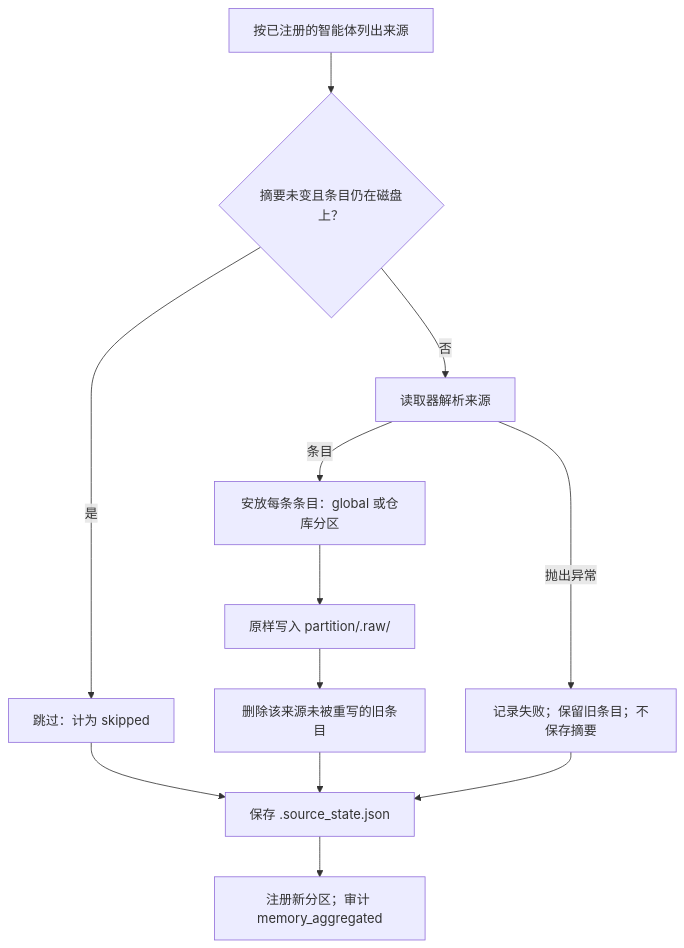
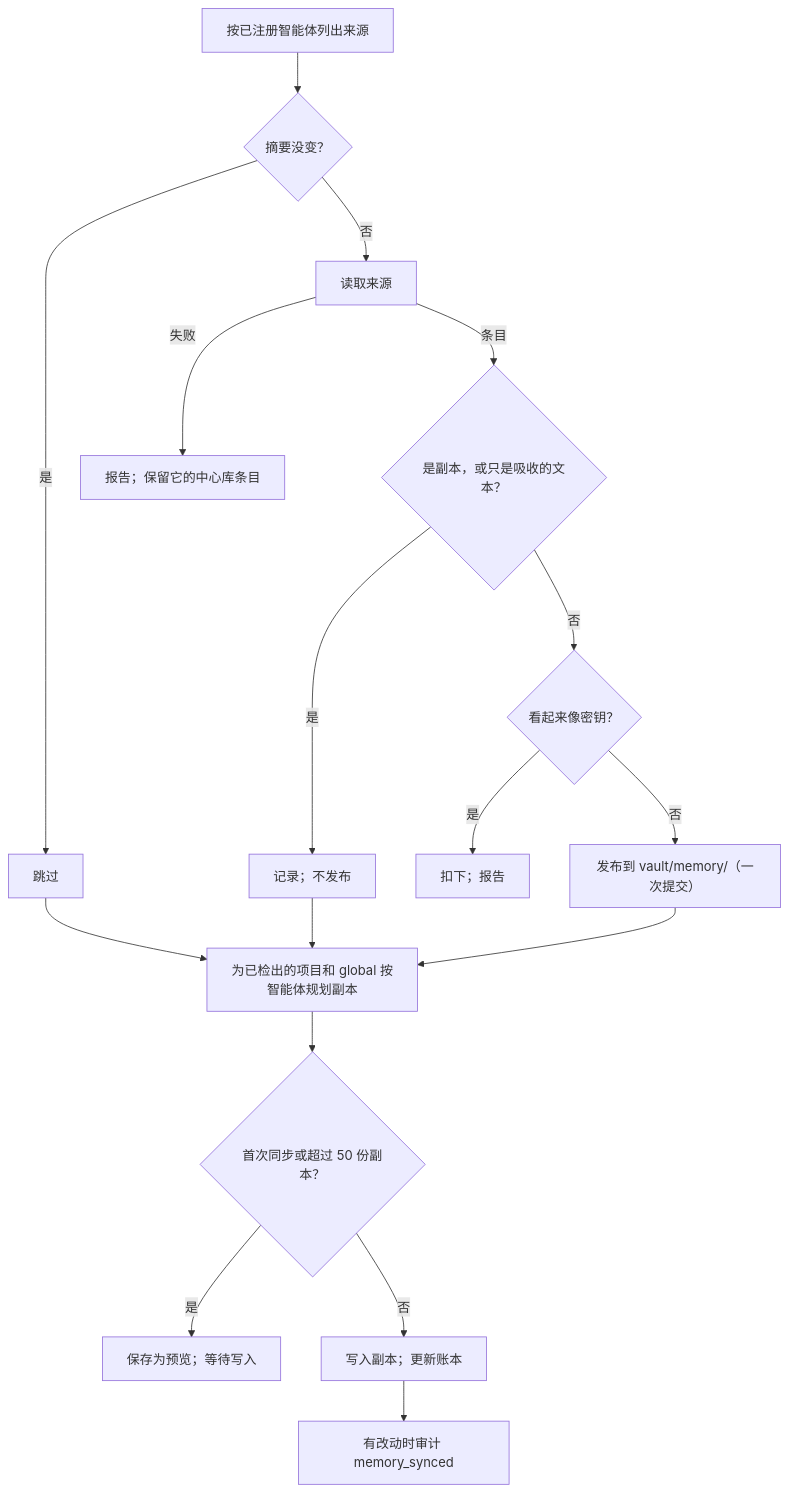
Before and after one commit to wyx-sg/Coffer: the diagram in docs-site/zh/architecture/memory.md, drawn with Mermaid. The commit also changed other lines of this file and 521 other files, not shown here.

````diff
--- a/docs-site/zh/architecture/memory.md
+++ b/docs-site/zh/architecture/memory.md
@@ -122,14 +106,19 @@
 ```mermaid
 flowchart TD
-  A["按已注册的智能体列出来源"] --> B{"摘要未变且条目仍在磁盘上？"}
-  B -- 是 --> S["跳过：计为 skipped"]
-  B -- 否 --> R["读取器解析来源"]
-  R -- 抛出异常 --> F["记录失败；保留旧条目；不保存摘要"]
-  R -- 条目 --> P["安放每条条目：global 或仓库分区"]
-  P --> W["原样写入 partition/.raw/"]
-  W --> D["删除该来源未被重写的旧条目"]
-  S --> X["保存 .source_state.json"]
-  D --> X
-  F --> X
-  X --> Y["注册新分区；审计 memory_aggregated"]
+  A["按已注册智能体列出来源"] --> B{"摘要没变？"}
+  B -- 是 --> S["跳过"]
+  B -- 否 --> R["读取来源"]
+  R -- 失败 --> F["报告；保留它的中心库条目"]
+  R -- 条目 --> E{"是副本，或只是吸收的文本？"}
+  E -- 是 --> K["记录；不发布"]
+  E -- 否 --> W{"看起来像密钥？"}
+  W -- 是 --> H["扣下；报告"]
+  W -- 否 --> P["发布到 vault/memory/（一次提交）"]
+  S --> C
+  K --> C
+  P --> C["为已检出的项目和 global 按智能体规划副本"]
+  C --> Q{"首次同步或超过 50 份副本？"}
+  Q -- 是 --> V["保存为预览；等待写入"]
+  Q -- 否 --> X["写入副本；更新账本"]
+  X --> Y["有改动时审计 memory_synced"]
 ```
````
